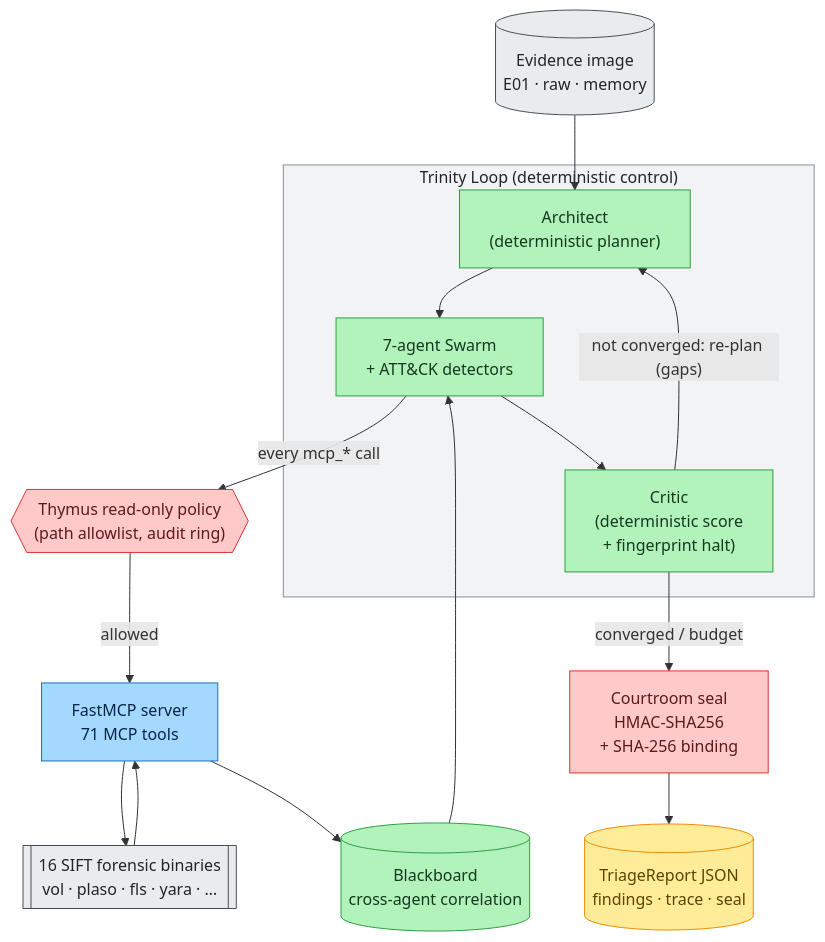
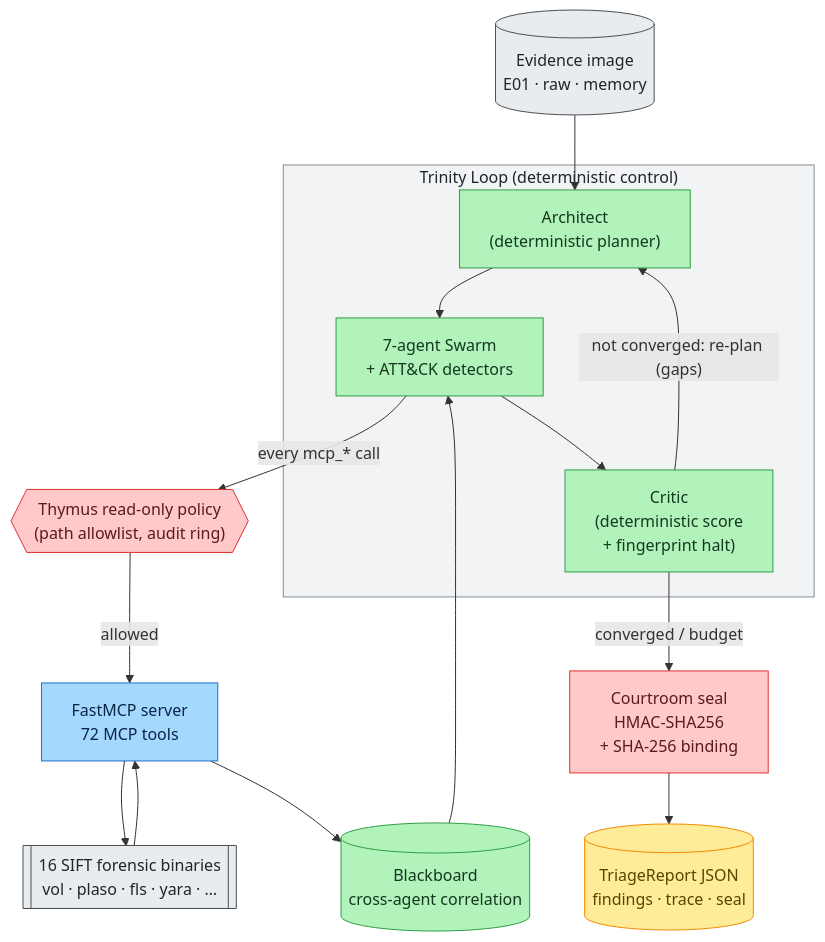
One commit to galvangabriel-web/agentropix-mcp changed the diagram in docs/01-overview/what-is-agentropix.md. Above: the diagram before and after it, drawn with Mermaid. The commit also changed other lines of this file and 64 other files, not shown here.

````diff
--- a/docs/01-overview/what-is-agentropix.md
+++ b/docs/01-overview/what-is-agentropix.md
@@ -81,45 +81,45 @@
 ```mermaid
 flowchart TB
     IMG[("Evidence image<br/>E01 · raw · memory")]
     subgraph TRINITY["Trinity Loop (deterministic control)"]
         ARCH["Architect<br/>(deterministic planner)"]
         SWARM["7-agent Swarm<br/>+ ATT&CK detectors"]
         CRIT["Critic<br/>(deterministic score<br/>+ fingerprint halt)"]
     end
     THYMUS{{"Thymus read-only policy<br/>(path allowlist, audit ring)"}}
-    MCP["FastMCP server<br/>71 MCP tools"]
+    MCP["FastMCP server<br/>72 MCP tools"]
     TOOLS[["16 SIFT forensic binaries<br/>vol · plaso · fls · yara · …"]]
     BB[("Blackboard<br/>cross-agent correlation")]
     SEAL["Courtroom seal<br/>HMAC-SHA256<br/>+ SHA-256 binding"]
     REPORT[("TriageReport JSON<br/>findings · trace · seal")]
 
     IMG --> ARCH
     ARCH --> SWARM
     SWARM -->|"every mcp_* call"| THYMUS
     THYMUS -->|"allowed"| MCP
     MCP --> TOOLS
     TOOLS --> MCP
     MCP --> BB
     BB --> SWARM
     SWARM --> CRIT
     CRIT -->|"not converged: re-plan (gaps)"| ARCH
     CRIT -->|"converged / budget"| SEAL
     SEAL --> REPORT
 
     classDef ext fill:#e9ecef,stroke:#495057,color:#212529
     classDef core fill:#b2f2bb,stroke:#2f9e44,color:#15391f
     classDef gov fill:#ffc9c9,stroke:#e03131,color:#5c1a1a
     classDef api fill:#a5d8ff,stroke:#1971c2,color:#0b2545
     classDef sink fill:#ffec99,stroke:#f08c00,color:#5c4400
 
     class IMG ext
     class ARCH,SWARM,CRIT core
     class THYMUS gov
     class MCP api
     class TOOLS ext
     class BB core
     class SEAL gov
     class REPORT sink
 
     style TRINITY fill:#f1f3f5,stroke:#868e96,color:#212529
 ```
````
